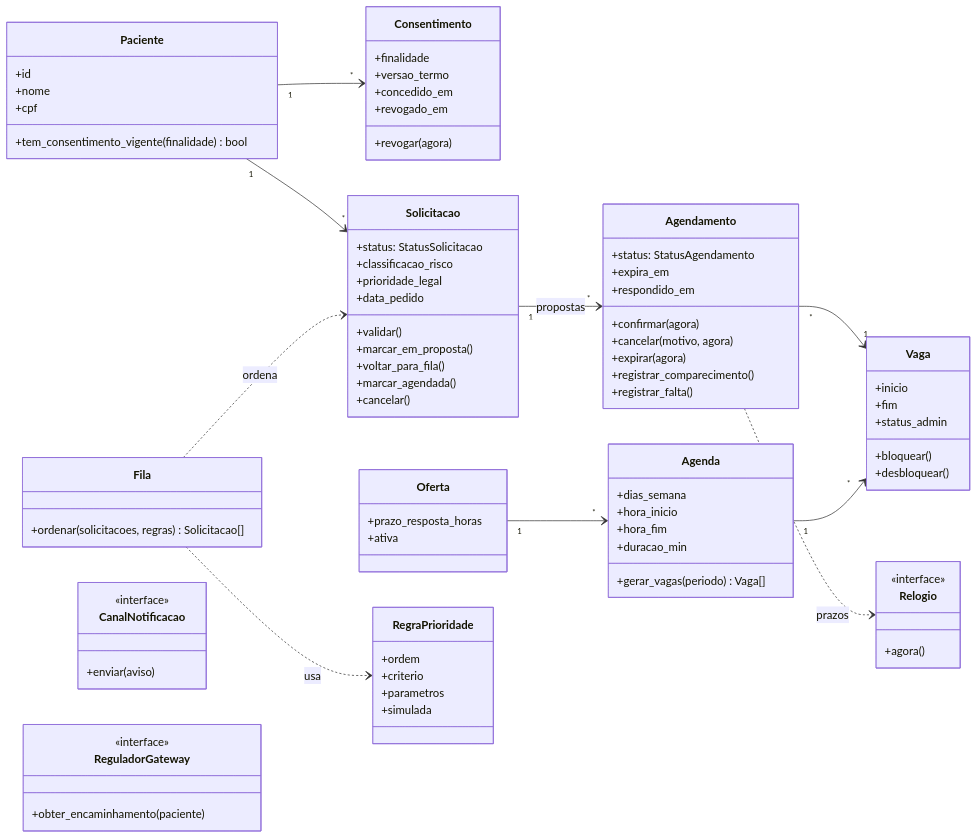
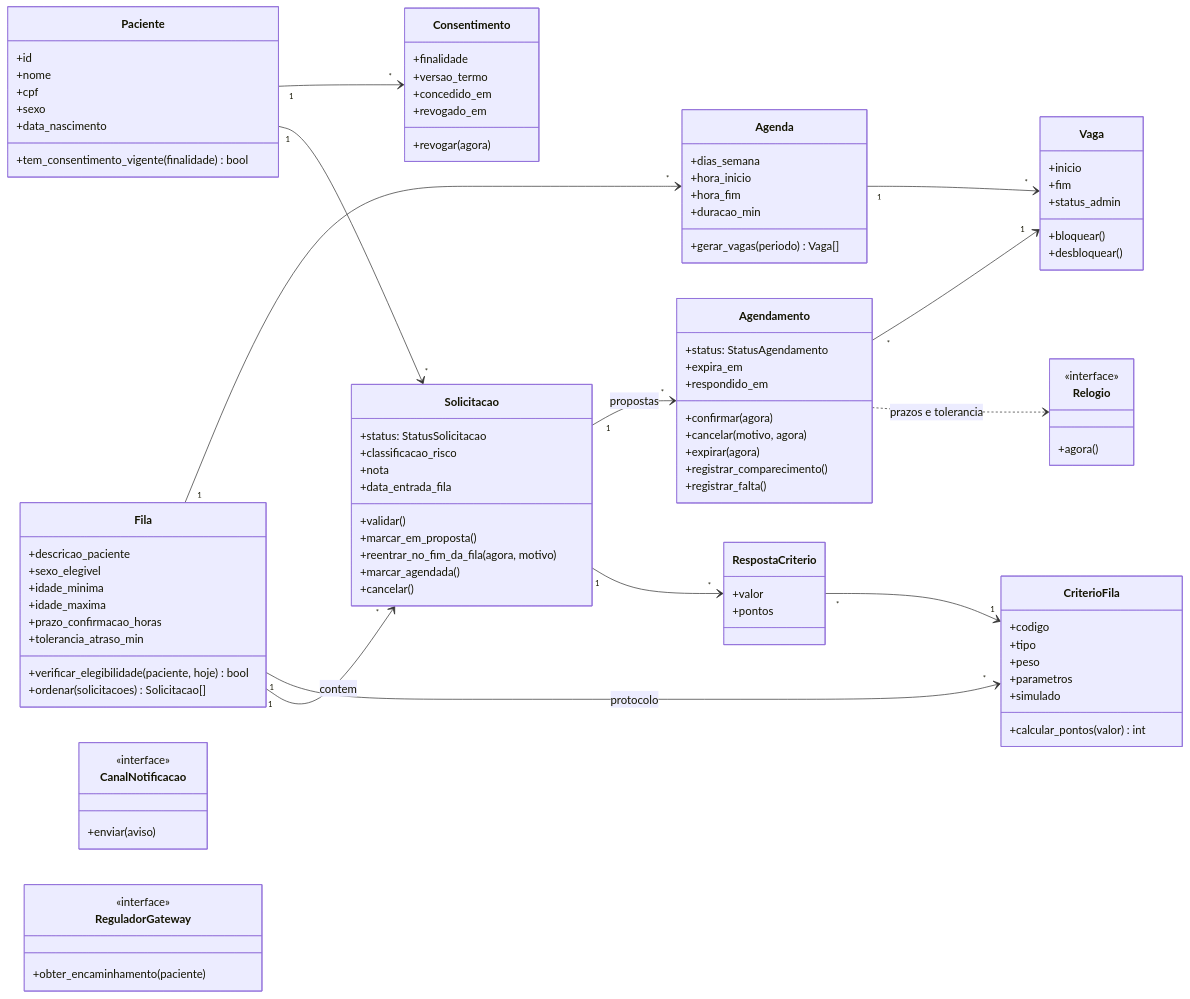
One commit to JoaoAzevedo184/Central-Saude-UPE changed the diagram in docs/architecture/diagrams/class-domain.md. Above: the diagram before and after it, drawn with Mermaid. The commit also changed other lines of this file and 2 other files, not shown here.

Commit message:
feat(docs): atualizar diagramas de atividades e classes com novas regras de negócio e estrutura de filas

````diff
--- a/docs/architecture/diagrams/class-domain.md
+++ b/docs/architecture/diagrams/class-domain.md
@@ -10,6 +10,8 @@
     +id
     +nome
     +cpf
+    +sexo
+    +data_nascimento
     +tem_consentimento_vigente(finalidade) bool
   }
   class Consentimento {
@@ -22,11 +24,11 @@
   class Solicitacao {
     +status: StatusSolicitacao
     +classificacao_risco
-    +prioridade_legal
-    +data_pedido
+    +nota
+    +data_entrada_fila
     +validar()
     +marcar_em_proposta()
-    +voltar_para_fila()
+    +reentrar_no_fim_da_fila(agora, motivo)
     +marcar_agendada()
     +cancelar()
   }
@@ -54,18 +56,27 @@
     +duracao_min
     +gerar_vagas(periodo) Vaga[]
   }
-  class Oferta {
-    +prazo_resposta_horas
-    +ativa
+  class Fila {
+    +descricao_paciente
+    +sexo_elegivel
+    +idade_minima
+    +idade_maxima
+    +prazo_confirmacao_horas
+    +tolerancia_atraso_min
+    +verificar_elegibilidade(paciente, hoje) bool
+    +ordenar(solicitacoes) Solicitacao[]
   }
-  class RegraPrioridade {
-    +ordem
-    +criterio
+  class CriterioFila {
+    +codigo
+    +tipo
+    +peso
     +parametros
-    +simulada
+    +simulado
+    +calcular_pontos(valor) int
   }
-  class Fila {
-    +ordenar(solicitacoes, regras) Solicitacao[]
+  class RespostaCriterio {
+    +valor
+    +pontos
   }
   class CanalNotificacao {
     <<interface>>
@@ -85,8 +96,10 @@
   Solicitacao "1" --> "*" Agendamento : propostas
   Agendamento "*" --> "1" Vaga
   Agenda "1" --> "*" Vaga
-  Oferta "1" --> "*" Agenda
-  Fila ..> RegraPrioridade : usa
-  Fila ..> Solicitacao : ordena
-  Agendamento ..> Relogio : prazos
+  Fila "1" --> "*" Agenda
+  Fila "1" --> "*" CriterioFila : protocolo
+  Fila "1" --> "*" Solicitacao : contem
+  Solicitacao "1" --> "*" RespostaCriterio
+  RespostaCriterio "*" --> "1" CriterioFila
+  Agendamento ..> Relogio : prazos e tolerancia
 ```
````
